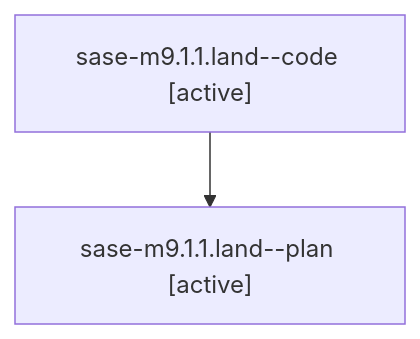
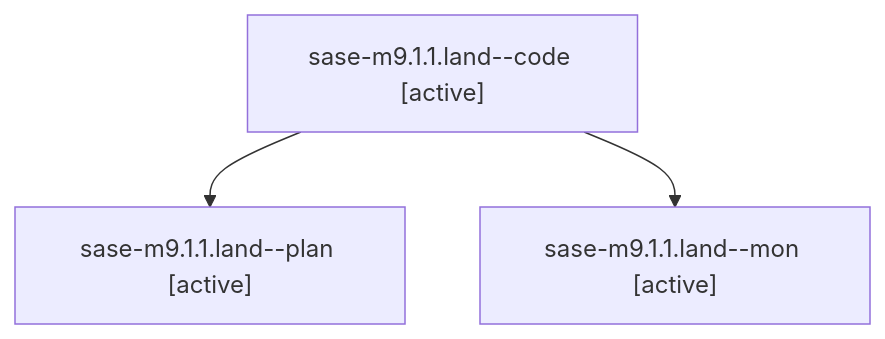
One commit to sase-org/sase--agents changed the diagram in families/bbugyi200.athena.sase-m9.1.1.land.md. Above: the diagram before and after it, drawn with Mermaid. The commit also changed other lines of this file and 65 other files, not shown here.

````diff
--- a/families/bbugyi200.athena.sase-m9.1.1.land.md
+++ b/families/bbugyi200.athena.sase-m9.1.1.land.md
@@ -9,6 +9,8 @@
 ```mermaid
 flowchart TD
   n0["sase-m9.1.1.land--code [active]"]
   n1["sase-m9.1.1.land--plan [active]"]
   n0 --> n1
+  n2["sase-m9.1.1.land--mon [active]"]
+  n0 --> n2
 ```
````
